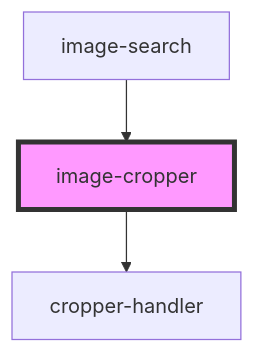
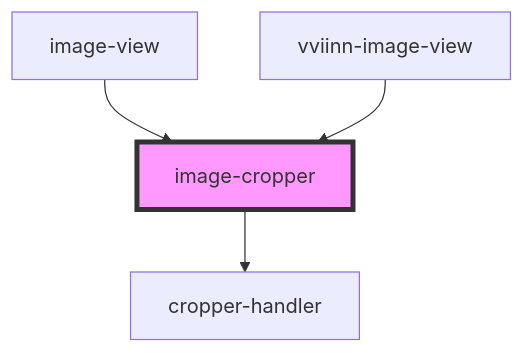
The diagram in src/components/image-search/image-view/image-cropper/readme.md (vviinn/widgets), drawn with Mermaid before and after one commit. The commit also changed other lines of this file and 25 other files, not shown here.

````diff
--- a/src/components/image-search/image-view/image-cropper/readme.md
+++ b/src/components/image-search/image-view/image-cropper/readme.md
@@ -39,6 +36,7 @@
 ```mermaid
 graph TD;
   image-cropper --> cropper-handler
-  image-search --> image-cropper
+  image-view --> image-cropper
+  vviinn-image-view --> image-cropper
   style image-cropper fill:#f9f,stroke:#333,stroke-width:4px
 ```
````
